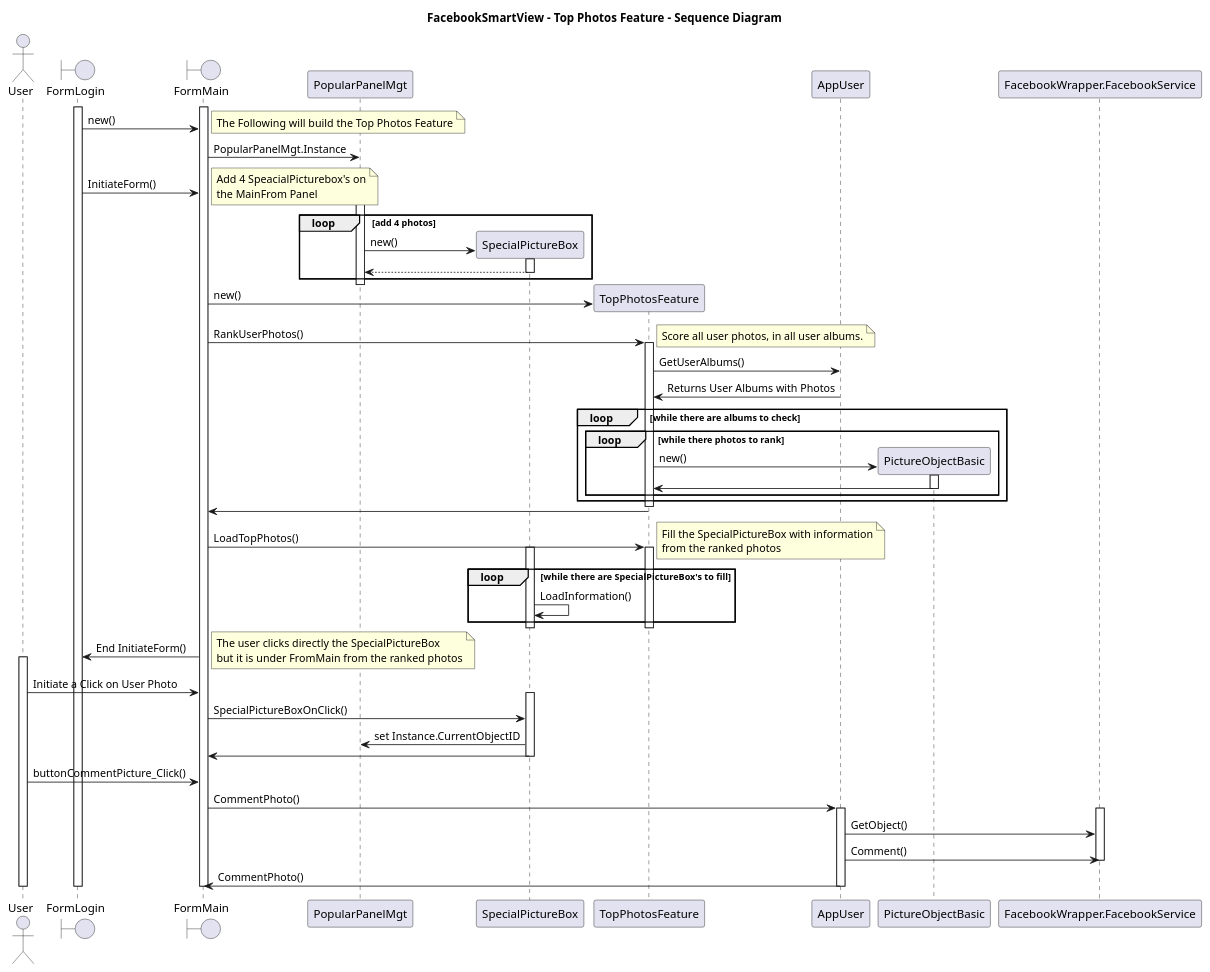
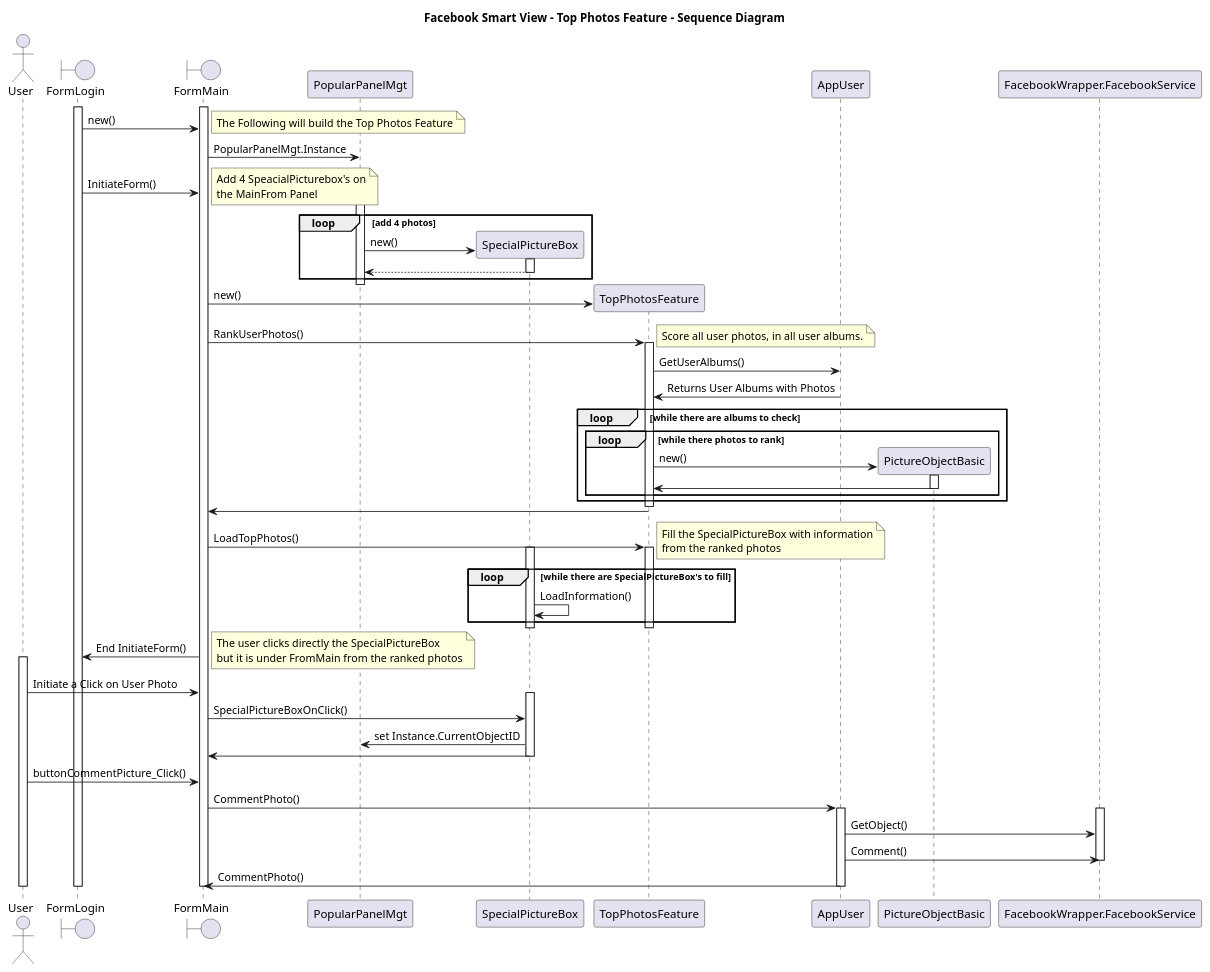
The diagram in DesignFiles/SequenceDiagramTopPhotosFeature.plantuml (danielklein45/B16_Ex01), drawn with PlantUML before and after one commit. The commit also changed 4 other files, not shown here.

Commit message:
Added the doc explanation. changed all Uml's with the same title

```diff
--- a/DesignFiles/SequenceDiagramTopPhotosFeature.plantuml
+++ b/DesignFiles/SequenceDiagramTopPhotosFeature.plantuml
@@ -1,112 +1,112 @@
 @startuml
 
-title "FacebookSmartView - Top Photos Feature - Sequence Diagram"
+title Facebook Smart View - Top Photos Feature - Sequence Diagram
 
 actor User
 boundary FormLogin
 boundary FormMain
 activate FormLogin
 activate FormMain
 
 FormLogin -> FormMain: new()
 
   note right
 The Following will build the Top Photos Feature
    end note
 
 FormMain -> PopularPanelMgt: PopularPanelMgt.Instance
 FormLogin -> FormMain: InitiateForm()
 
 create SpecialPictureBox
 
   note right
 Add 4 SpeacialPicturebox's on
 the MainFrom Panel
    end note
 
 activate PopularPanelMgt
 loop add 4 photos
     PopularPanelMgt -> SpecialPictureBox: new()
     activate SpecialPictureBox
     SpecialPictureBox --> PopularPanelMgt
     deactivate SpecialPictureBox
  
 end
 
 deactivate PopularPanelMgt
 
 create TopPhotosFeature
 FormMain -> TopPhotosFeature: new()
 
 FormMain -> TopPhotosFeature: RankUserPhotos()
 activate TopPhotosFeature
 
   note right
 Score all user photos, in all user albums.
    end note
 
 TopPhotosFeature -> AppUser: GetUserAlbums()
 AppUser -> TopPhotosFeature: Returns User Albums with Photos
 
 loop while there are albums to check
  loop while there photos to rank
 create PictureObjectBasic
     TopPhotosFeature -> PictureObjectBasic: new()
     activate PictureObjectBasic
     PictureObjectBasic -> TopPhotosFeature
     deactivate PictureObjectBasic
  end 
 end
 deactivate TopPhotosFeature
 
 TopPhotosFeature -> FormMain
 
 
 FormMain -> TopPhotosFeature: LoadTopPhotos()
 activate TopPhotosFeature
  loop while there are SpecialPictureBox's to fill
    activate SpecialPictureBox
 
    note right
 Fill the SpecialPictureBox with information
 from the ranked photos
    end note
 
     SpecialPictureBox->SpecialPictureBox: LoadInformation()
  end 
 
 deactivate SpecialPictureBox
 
 deactivate TopPhotosFeature
 
 FormMain -> FormLogin: End InitiateForm()
 
 activate User
    note right
 The user clicks directly the SpecialPictureBox 
 but it is under FromMain from the ranked photos
    end note
 
 User -> FormMain: Initiate a Click on User Photo
 activate SpecialPictureBox
 FormMain -> SpecialPictureBox: SpecialPictureBoxOnClick()
 SpecialPictureBox ->PopularPanelMgt: set Instance.CurrentObjectID
 
 SpecialPictureBox -> FormMain
 deactivate SpecialPictureBox
 
 User -> FormMain: buttonCommentPicture_Click()
 
 FormMain -> AppUser: CommentPhoto()
 activate AppUser
 activate FacebookWrapper.FacebookService
 AppUser ->  FacebookWrapper.FacebookService: GetObject()
 AppUser ->  FacebookWrapper.FacebookService: Comment()
 deactivate FacebookWrapper.FacebookService
 
 AppUser -> FormMain: CommentPhoto()
 deactivate AppUser
 deactivate FormMain
 deactivate FormLogin
 deactivate User
 @enduml
```
